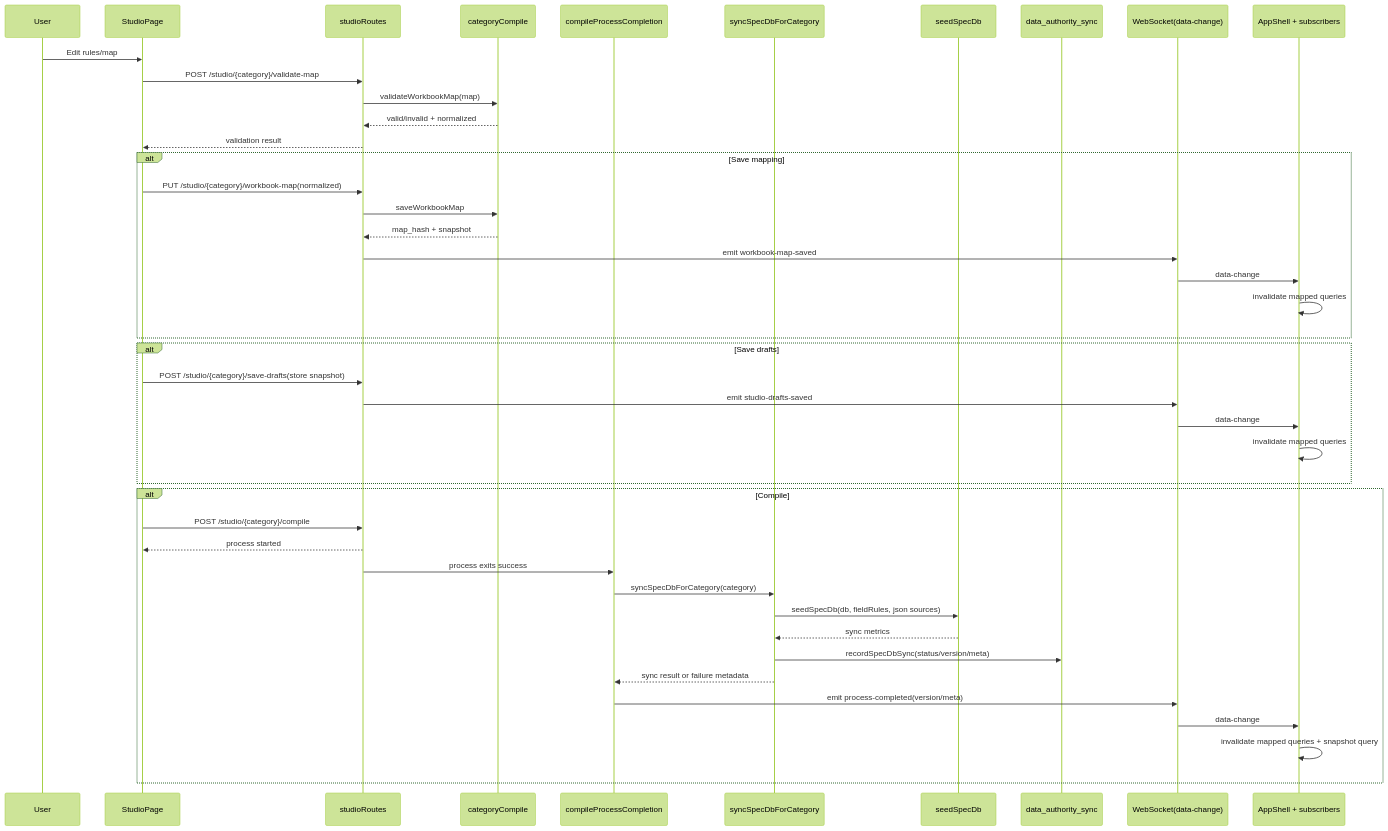
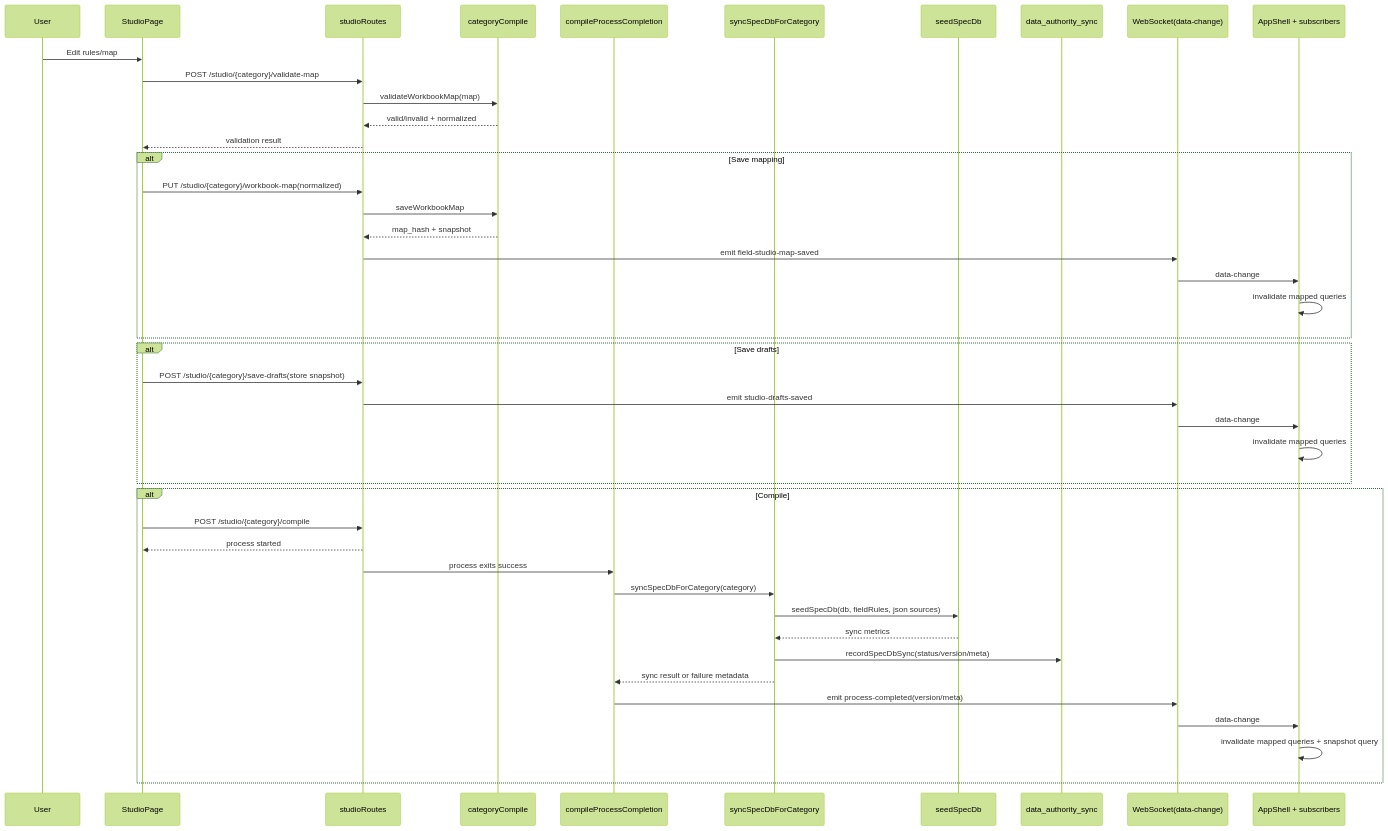
The diagram in implementation/data-managament/diagrams/authority-flows/04-studio-save-compile-sync.mmd (CdubVentures/Spec-Factory), drawn with Mermaid (forest theme) before and after one commit. The commit also changed 408 other files, not shown here.

```diff
--- a/implementation/data-managament/diagrams/authority-flows/04-studio-save-compile-sync.mmd
+++ b/implementation/data-managament/diagrams/authority-flows/04-studio-save-compile-sync.mmd
@@ -1,47 +1,47 @@
 sequenceDiagram
   participant U as User
   participant FE as StudioPage
   participant API as studioRoutes
   participant CC as categoryCompile
   participant PC as compileProcessCompletion
   participant SY as syncSpecDbForCategory
   participant SD as seedSpecDb
   participant DB as data_authority_sync
   participant WS as WebSocket(data-change)
   participant APP as AppShell + subscribers
 
   U->>FE: Edit rules/map
   FE->>API: POST /studio/{category}/validate-map
   API->>CC: validateWorkbookMap(map)
   CC-->>API: valid/invalid + normalized
   API-->>FE: validation result
 
   alt Save mapping
     FE->>API: PUT /studio/{category}/workbook-map(normalized)
     API->>CC: saveWorkbookMap
     CC-->>API: map_hash + snapshot
-    API->>WS: emit workbook-map-saved
+    API->>WS: emit field-studio-map-saved
     WS->>APP: data-change
     APP->>APP: invalidate mapped queries
   end
 
   alt Save drafts
     FE->>API: POST /studio/{category}/save-drafts(store snapshot)
     API->>WS: emit studio-drafts-saved
     WS->>APP: data-change
     APP->>APP: invalidate mapped queries
   end
 
   alt Compile
     FE->>API: POST /studio/{category}/compile
     API-->>FE: process started
     API->>PC: process exits success
     PC->>SY: syncSpecDbForCategory(category)
     SY->>SD: seedSpecDb(db, fieldRules, json sources)
     SD-->>SY: sync metrics
     SY->>DB: recordSpecDbSync(status/version/meta)
     SY-->>PC: sync result or failure metadata
     PC->>WS: emit process-completed(version/meta)
     WS->>APP: data-change
     APP->>APP: invalidate mapped queries + snapshot query
   end
```
